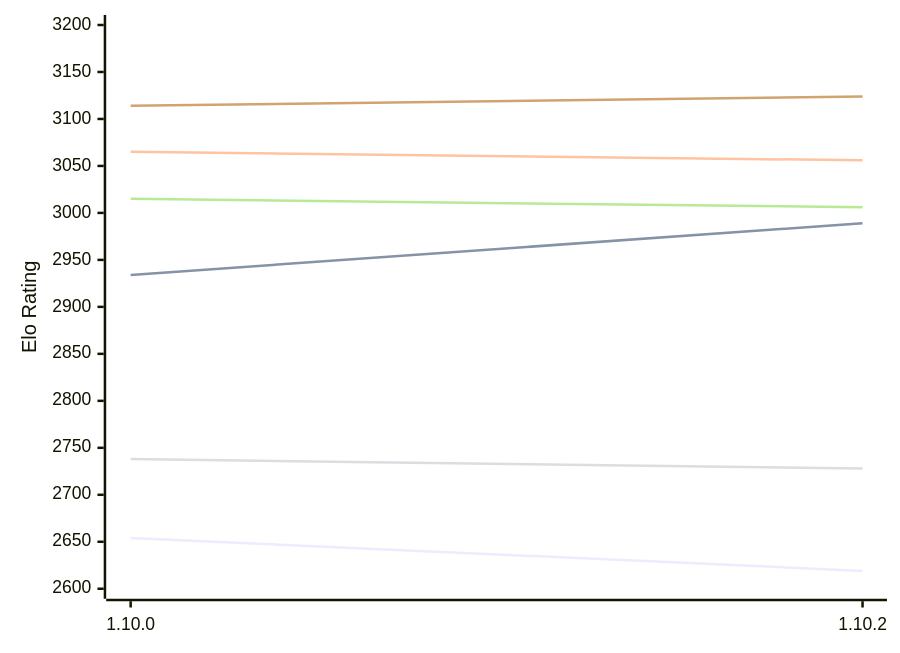
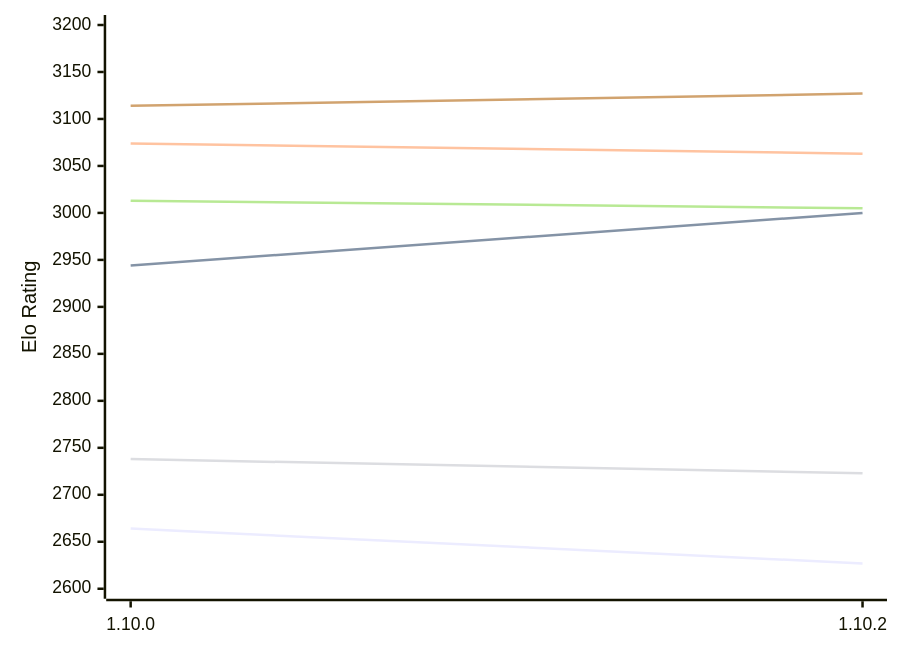
Before and after one commit to computer-chess-index/cci: the first of 2 diagrams in engines/Basilisk.md, drawn with Mermaid. The commit also changed other lines of this file, not shown here.

Commit message:
Update CCI Ratings (ELO VLTC) - 2026-11-07

````diff
--- a/engines/Basilisk.md
+++ b/engines/Basilisk.md
@@ -61,12 +61,12 @@
 ```mermaid
 %%{init: {"theme":"base","themeVariables":{"seriesColors:['#a3a3a3','#222221','#faa371']}}}%%
 xychart-beta
   x-axis ["1.10.0", "1.10.2"]
   y-axis "Elo Rating" 2600 --> 3200
-  line "E1: STC (8.0+0.08s)" [2654, 2619]
-  line "E1: LTC (60.0+0.60s)" [2934, 2989]
-  line "E1: VLTC (2m24s+1.12s)" [3065, 3056]
-  line "P1: STC (8.0+0.08s)" [2738, 2728]
-  line "P1: LTC (60.0+0.60s)" [3015, 3006]
-  line "P1: VLTC (2m24s+1.12s)" [3114, 3124]
+  line "E1: STC (8.0+0.08s)" [2664, 2627]
+  line "E1: LTC (60.0+0.60s)" [2944, 3000]
+  line "E1: VLTC (2m24s+1.12s)" [3074, 3063]
+  line "P1: STC (8.0+0.08s)" [2738, 2723]
+  line "P1: LTC (60.0+0.60s)" [3013, 3005]
+  line "P1: VLTC (2m24s+1.12s)" [3114, 3127]
 ```
````
